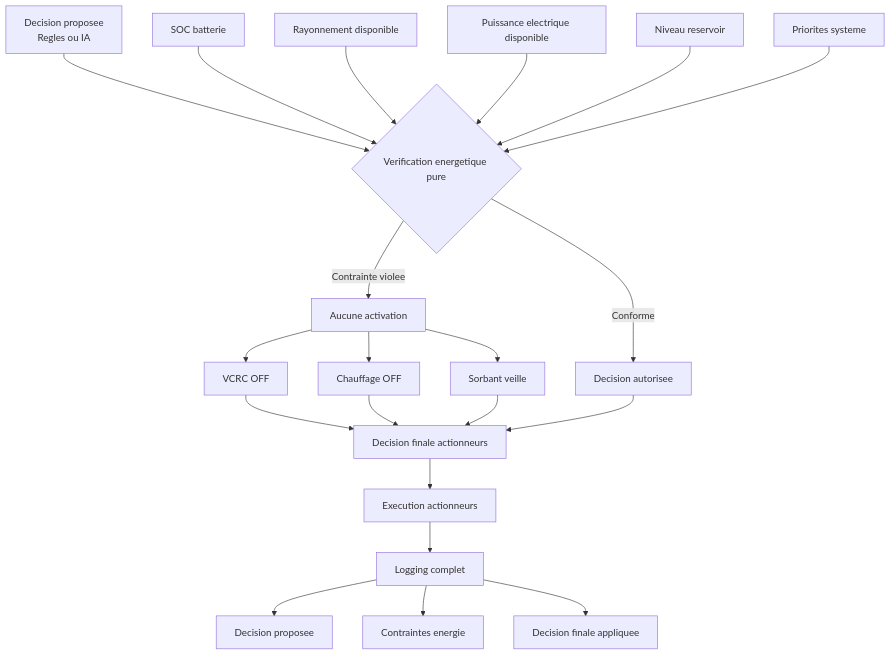
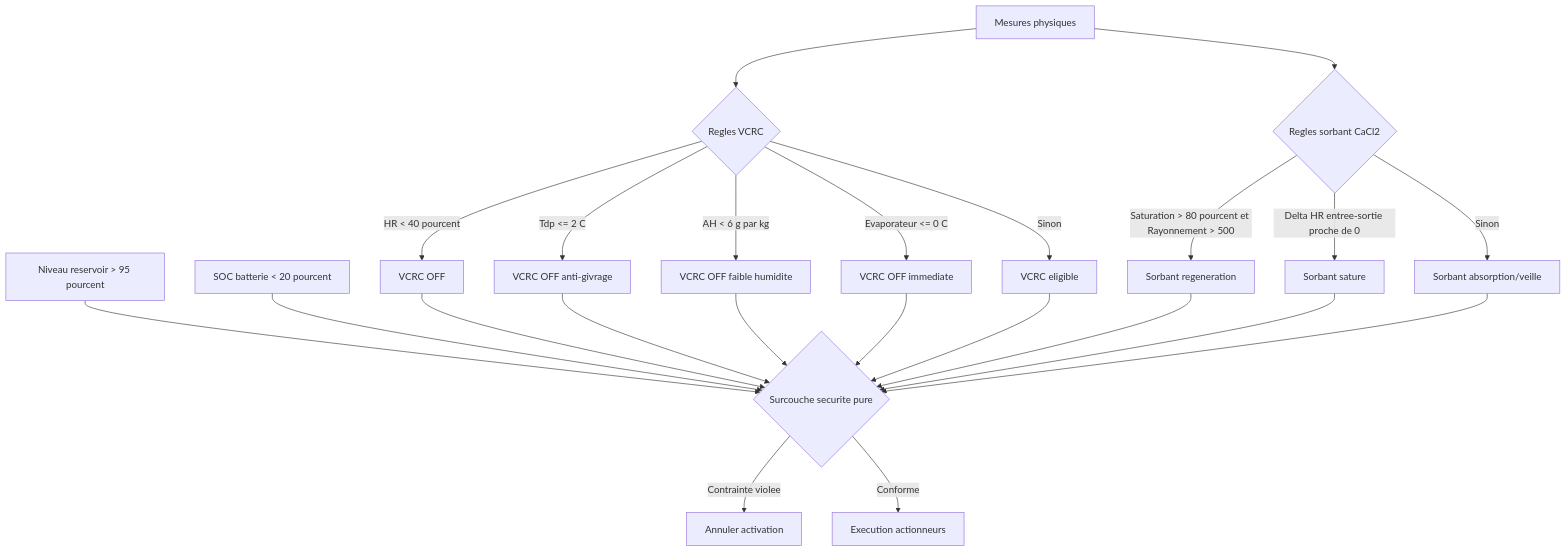
Before and after one commit to Appolinairee/aqua-atmos-ai: the third of 3 diagrams in docs/BUSINESS_RULES_DIAGRAM.md, drawn with Mermaid. The commit also changed other lines of this file, not shown here.

Commit message:
docs: add layered diagrams for new AI planning logic

````diff
--- a/docs/BUSINESS_RULES_DIAGRAM.md
+++ b/docs/BUSINESS_RULES_DIAGRAM.md
@@ -74,27 +42,29 @@
 ```mermaid
 flowchart TD
-    A[Decision proposee<br/>Regles ou IA] --> B{Verification energetique pure}
-    E1[SOC batterie] --> B
-    E2[Rayonnement disponible] --> B
-    E3[Puissance electrique disponible] --> B
-    E4[Niveau reservoir] --> B
-    E5[Priorites systeme] --> B
+    IN[Mesures physiques] --> VCRC{Regles VCRC}
+    VCRC -->|HR < 40 pourcent| VOFF1[VCRC OFF]
+    VCRC -->|Tdp <= 2 C| VOFF2[VCRC OFF anti-givrage]
+    VCRC -->|AH < 6 g par kg| VOFF3[VCRC OFF faible humidite]
+    VCRC -->|Evaporateur <= 0 C| VOFF4[VCRC OFF immediate]
+    VCRC -->|Sinon| VON[VCRC eligible]
 
-    B -->|Contrainte violee| C[Aucune activation]
-    C --> C1[VCRC OFF]
-    C --> C2[Chauffage OFF]
-    C --> C3[Sorbant veille]
+    IN --> SORB{Regles sorbant CaCl2}
+    SORB -->|Saturation > 80 pourcent et Rayonnement > 500| SR[Sorbant regeneration]
+    SORB -->|Delta HR entree-sortie proche de 0| SS[Sorbant sature]
+    SORB -->|Sinon| SA[Sorbant absorption/veille]
 
-    B -->|Conforme| D[Decision autorisee]
+    SAFE{Surcouche securite pure}
+    RES[Niveau reservoir > 95 pourcent] --> SAFE
+    SOC[SOC batterie < 20 pourcent] --> SAFE
+    VOFF1 --> SAFE
+    VOFF2 --> SAFE
+    VOFF3 --> SAFE
+    VOFF4 --> SAFE
+    VON --> SAFE
+    SR --> SAFE
+    SS --> SAFE
+    SA --> SAFE
 
-    C1 --> F[Decision finale actionneurs]
-    C2 --> F
-    C3 --> F
-    D --> F
-
-    F --> G[Execution actionneurs]
-    G --> H[Logging complet]
-    H --> H1[Decision proposee]
-    H --> H2[Contraintes energie]
-    H --> H3[Decision finale appliquee]
+    SAFE -->|Contrainte violee| STOP[Annuler activation]
+    SAFE -->|Conforme| ACT[Execution actionneurs]
 ```
````
